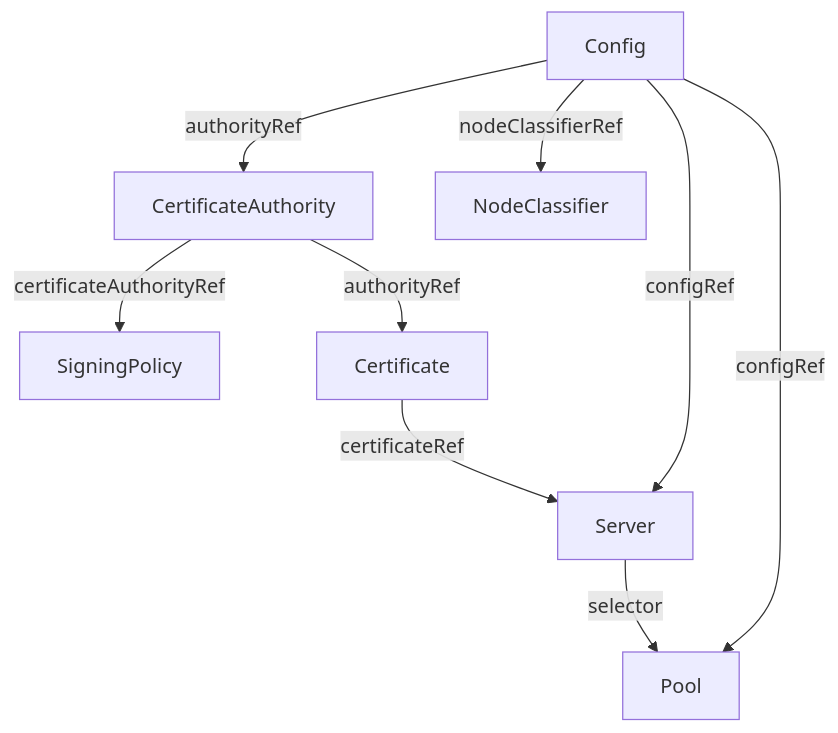
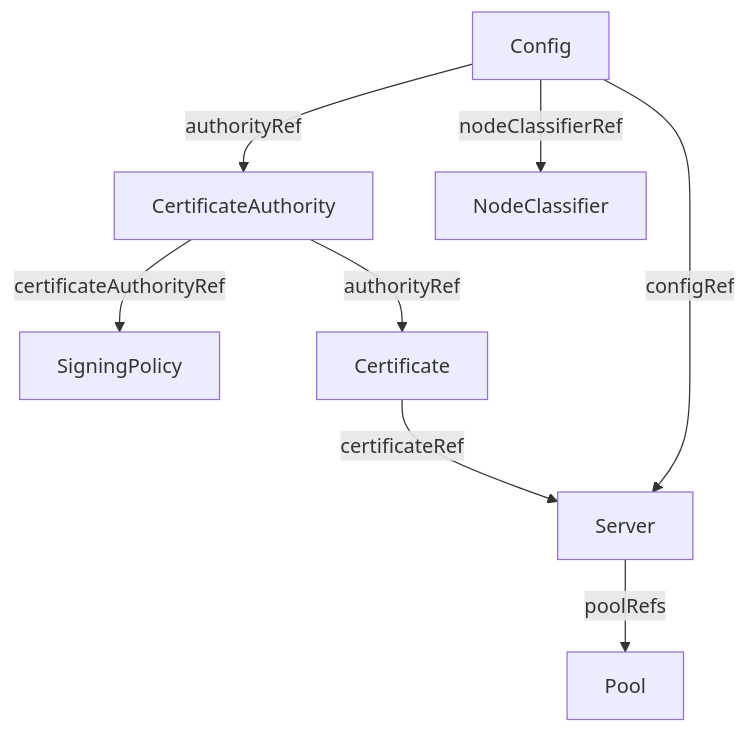
The first of 2 diagrams in docs/concepts/architecture.md (slauger/openvox-operator), drawn with Mermaid before and after one commit. The commit also changed other lines of this file and 29 other files, not shown here.

First line of the commit message:
refactor: move pool membership from Pool selector to Server poolRefs

````diff
--- a/docs/concepts/architecture.md
+++ b/docs/concepts/architecture.md
@@ -11,18 +11,17 @@
 ```mermaid
 graph TD
     Cfg["Config"]
     CA["CertificateAuthority"]
     SP["SigningPolicy"]
     NC["NodeClassifier"]
     Cert["Certificate"]
     Srv["Server"]
     Pool["Pool"]
     Cfg -->|authorityRef| CA
     Cfg -->|nodeClassifierRef| NC
     CA -->|certificateAuthorityRef| SP
     CA -->|authorityRef| Cert
     Cert -->|certificateRef| Srv
     Cfg -->|configRef| Srv
-    Srv -->|selector| Pool
-    Cfg -->|configRef| Pool
+    Srv -->|poolRefs| Pool
 ```
````
